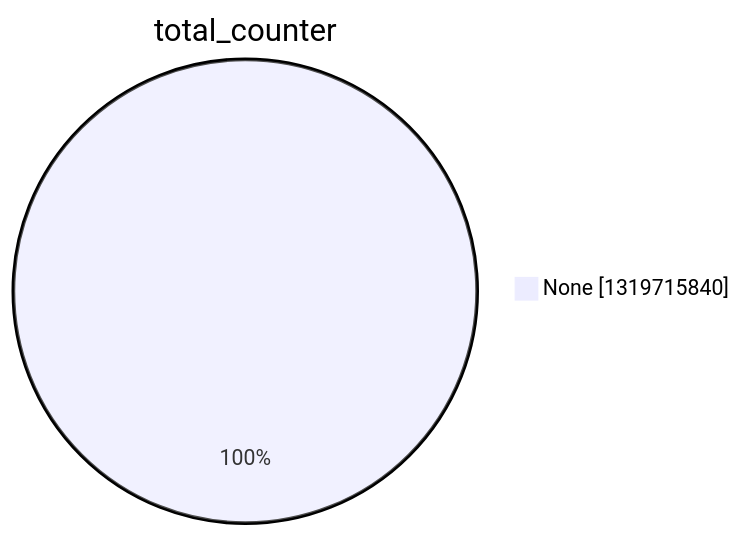
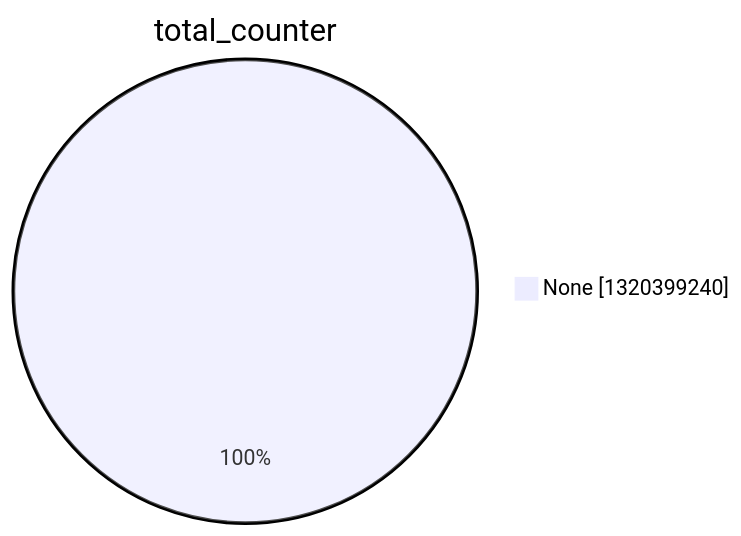
One commit to christiankrug/ctmonitor_visualization changed the second of 15 diagrams in argon2022/README.md. Above: the diagram before and after it, drawn with Mermaid. The commit also changed other lines of this file, not shown here.

````diff
--- a/argon2022/README.md
+++ b/argon2022/README.md
@@ -9,5 +9,5 @@
 ```mermaid
 pie showData
 title total_counter
-"None" :1319715840
+"None" :1320399240
 ```
````
